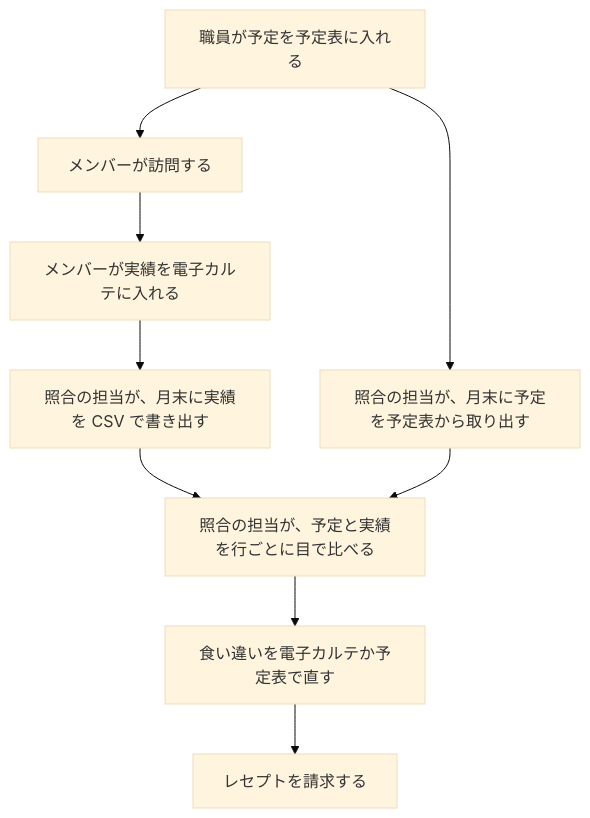
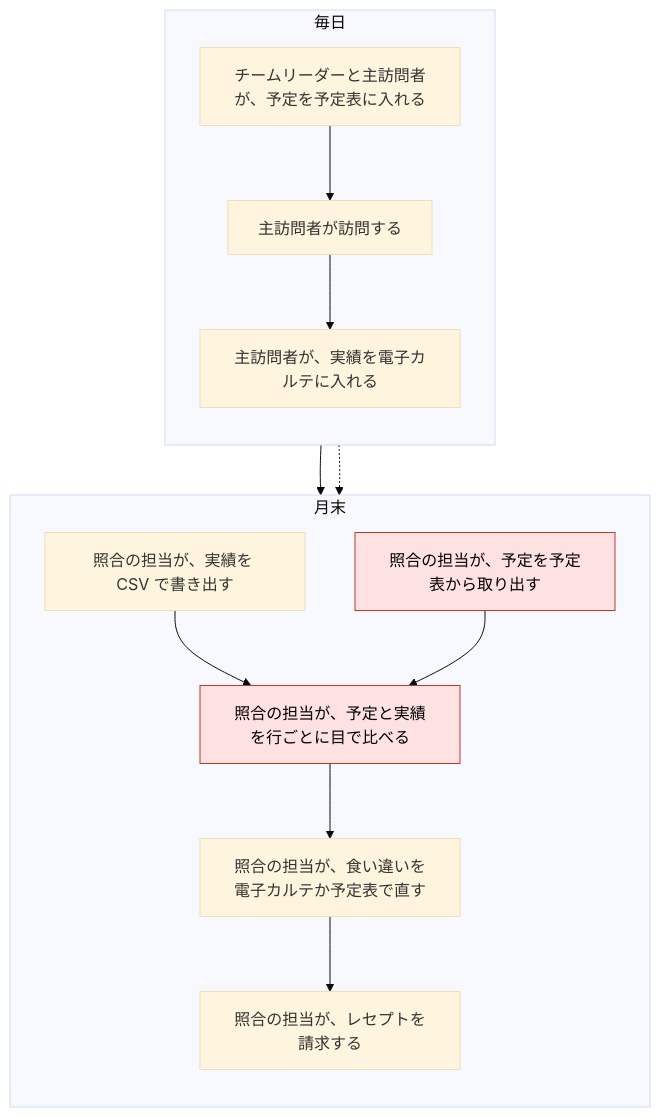
The first of 2 diagrams in docs/PRD.md (Fukuemon/buddy), drawn with Mermaid (base theme) before and after one commit. The commit also changed other lines of this file, not shown here.

Commit message:
docs: PRD を職員が得るものと業務の課題で書き直し、図の要素の種類を分ける #80

````diff
--- a/docs/PRD.md
+++ b/docs/PRD.md
@@ -40,11 +40,19 @@
 ```mermaid
 flowchart TB
-  plan["職員が予定を予定表に入れる"] --> visit["メンバーが訪問する"]
-  visit --> record["メンバーが実績を電子カルテに入れる"]
-  record --> export["照合の担当が、月末に実績を CSV で書き出す"]
-  plan --> pick["照合の担当が、月末に予定を予定表から取り出す"]
-  export --> compare["照合の担当が、予定と実績を行ごとに目で比べる"]
-  pick --> compare
-  compare --> fix["食い違いを電子カルテか予定表で直す"]
-  fix --> claim["レセプトを請求する"]
+  subgraph daily["毎日"]
+    direction TB
+    plan["チームリーダーと主訪問者が、予定を予定表に入れる"] --> visit["主訪問者が訪問する"]
+    visit --> record["主訪問者が、実績を電子カルテに入れる"]
+  end
+  subgraph monthly["月末"]
+    direction TB
+    export["照合の担当が、実績を CSV で書き出す"] --> compare["照合の担当が、予定と実績を行ごとに目で比べる"]
+    pick["照合の担当が、予定を予定表から取り出す"] --> compare
+    compare --> fix["照合の担当が、食い違いを電子カルテか予定表で直す"]
+    fix --> claim["照合の担当が、レセプトを請求する"]
+  end
+  record --> export
+  plan -.-> pick
+  classDef manual fill:#fde2e1,stroke:#c0392b,color:#000
+  class pick,compare manual
 ```
````
